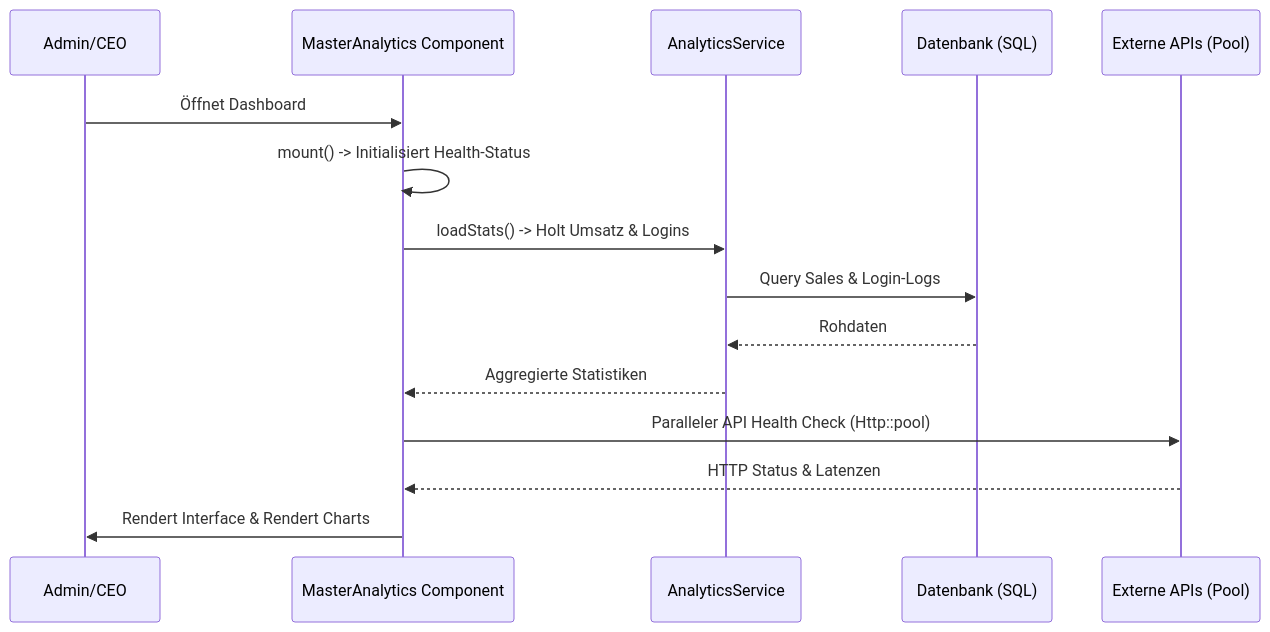
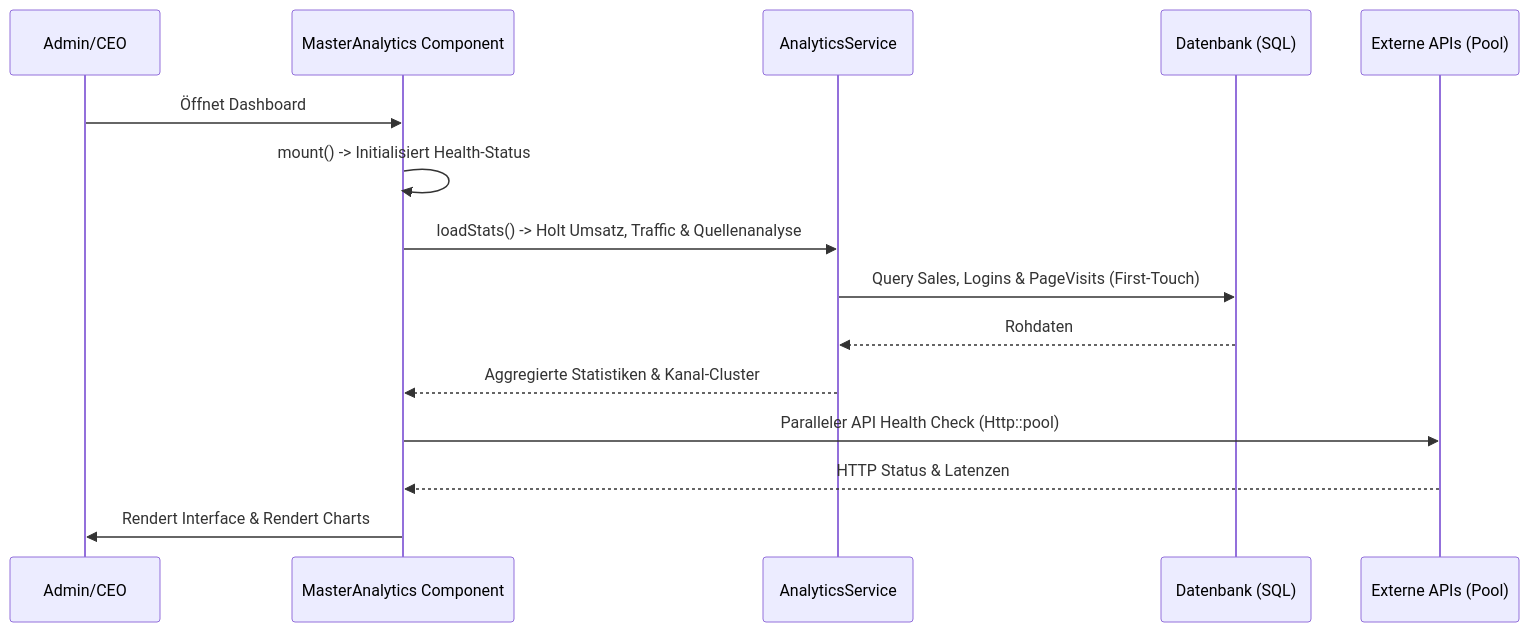
Before and after one commit to Galaxina93/seelenfunke: the diagram in Abschlussberichte/Dashboard/Dashboard.md, drawn with Mermaid. The commit also changed other lines of this file and 6 other files, not shown here.

Commit message:
feat(master-analytics): add dedicated Quellenanalyse widget with first-touch attribution and channel charts

````diff
--- a/Abschlussberichte/Dashboard/Dashboard.md
+++ b/Abschlussberichte/Dashboard/Dashboard.md
@@ -78,18 +95,18 @@
 ```mermaid
 sequenceDiagram
     participant User as Admin/CEO
     participant LW as MasterAnalytics Component
     participant AS as AnalyticsService
     participant DB as Datenbank (SQL)
     participant Ext as Externe APIs (Pool)
 
     User->>LW: Öffnet Dashboard
     LW->>LW: mount() -> Initialisiert Health-Status
-    LW->>AS: loadStats() -> Holt Umsatz & Logins
-    AS->>DB: Query Sales & Login-Logs
+    LW->>AS: loadStats() -> Holt Umsatz, Traffic & Quellenanalyse
+    AS->>DB: Query Sales, Logins & PageVisits (First-Touch)
     DB-->>AS: Rohdaten
-    AS-->>LW: Aggregierte Statistiken
+    AS-->>LW: Aggregierte Statistiken & Kanal-Cluster
     LW->>Ext: Paralleler API Health Check (Http::pool)
     Ext-->>LW: HTTP Status & Latenzen
     LW->>User: Rendert Interface & Rendert Charts
 ```
````
